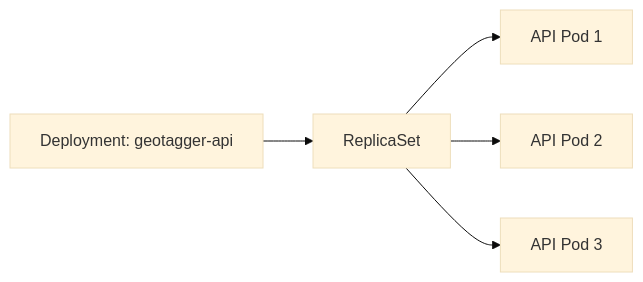
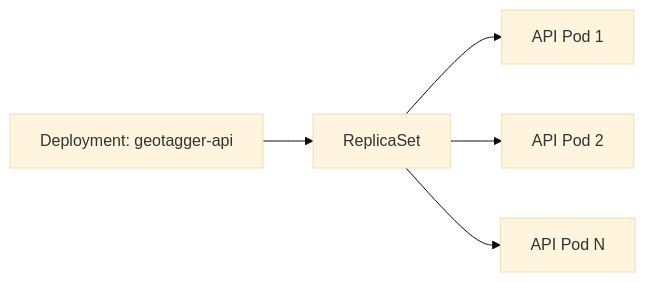
One commit to Jstarzz/geotagger changed the fourth of 14 diagrams in docs/KUBERNETES.md. Above: the diagram before and after it, drawn with Mermaid (base theme). The commit also changed other lines of this file, not shown here.

Commit message:
docs: fix Mermaid and tighten Kubernetes guide

````diff
--- a/docs/KUBERNETES.md
+++ b/docs/KUBERNETES.md
@@ -147,7 +95,7 @@
 ```mermaid
 flowchart LR
-    D[Deployment: geotagger-api] --> RS[ReplicaSet]
-    RS --> P1[API Pod 1]
-    RS --> P2[API Pod 2]
-    RS --> P3[API Pod 3]
+    DEPLOY["Deployment: geotagger-api"] --> RS["ReplicaSet"]
+    RS --> P1["API Pod 1"]
+    RS --> P2["API Pod 2"]
+    RS --> PN["API Pod N"]
 ```
````
